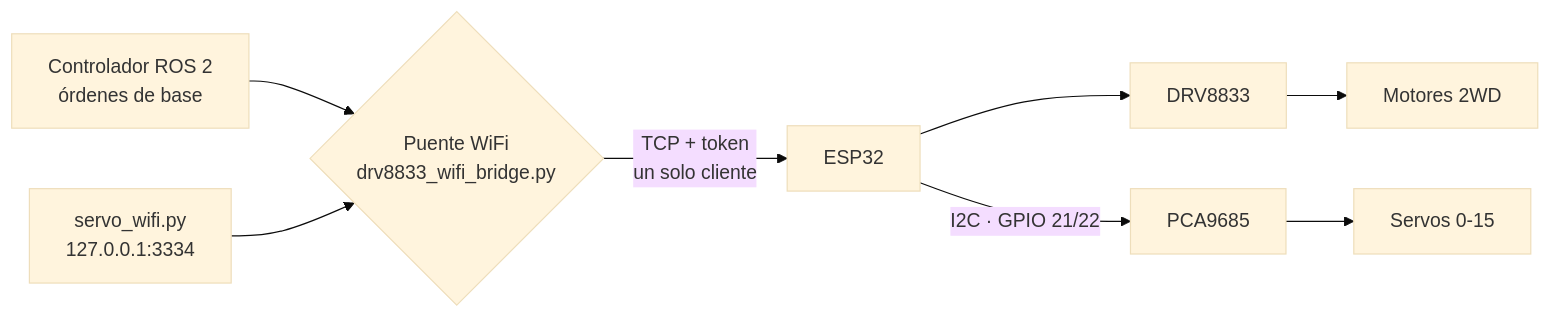
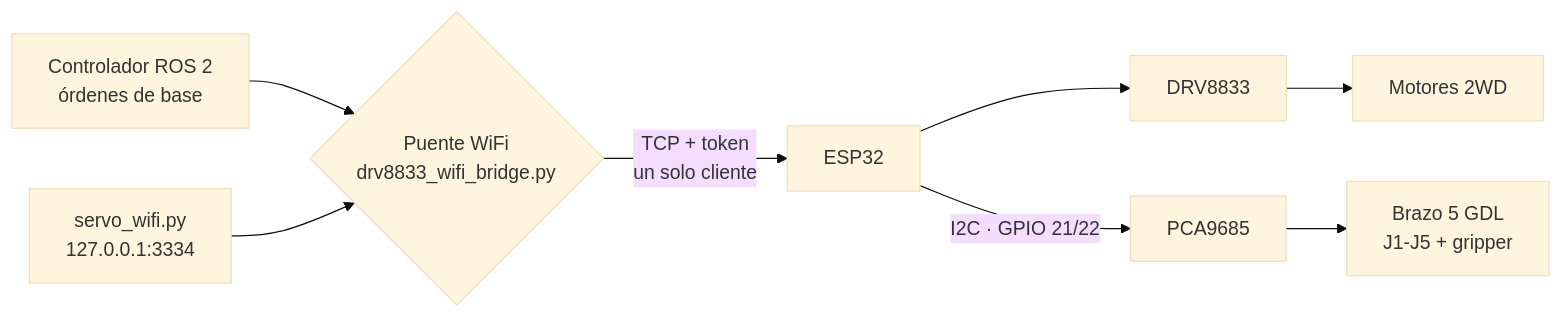
One commit to dryanguasr/SyntheticPlantGeneration changed the fourth of 5 diagrams in README.md. Above: the diagram before and after it, drawn with Mermaid (base theme). The commit also changed other lines of this file and 12 other files, not shown here.

````diff
--- a/README.md
+++ b/README.md
@@ -241,8 +241,8 @@
 ```mermaid
 flowchart LR
     ROS["Controlador ROS 2<br/>órdenes de base"] --> BR{"Puente WiFi<br/>drv8833_wifi_bridge.py"}
     CLI["servo_wifi.py<br/>127.0.0.1:3334"] --> BR
     BR -->|"TCP + token<br/>un solo cliente"| ESP["ESP32"]
     ESP --> DRV["DRV8833"] --> MOT["Motores 2WD"]
-    ESP -->|"I2C · GPIO 21/22"| PCA["PCA9685"] --> SRV["Servos 0-15"]
+    ESP -->|"I2C · GPIO 21/22"| PCA["PCA9685"] --> SRV["Brazo 5 GDL<br/>J1-J5 + gripper"]
 ```
````
